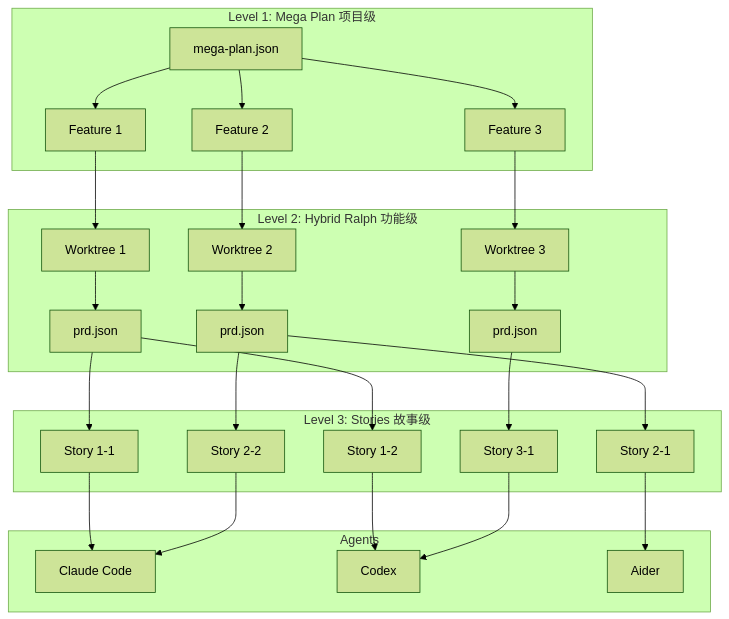
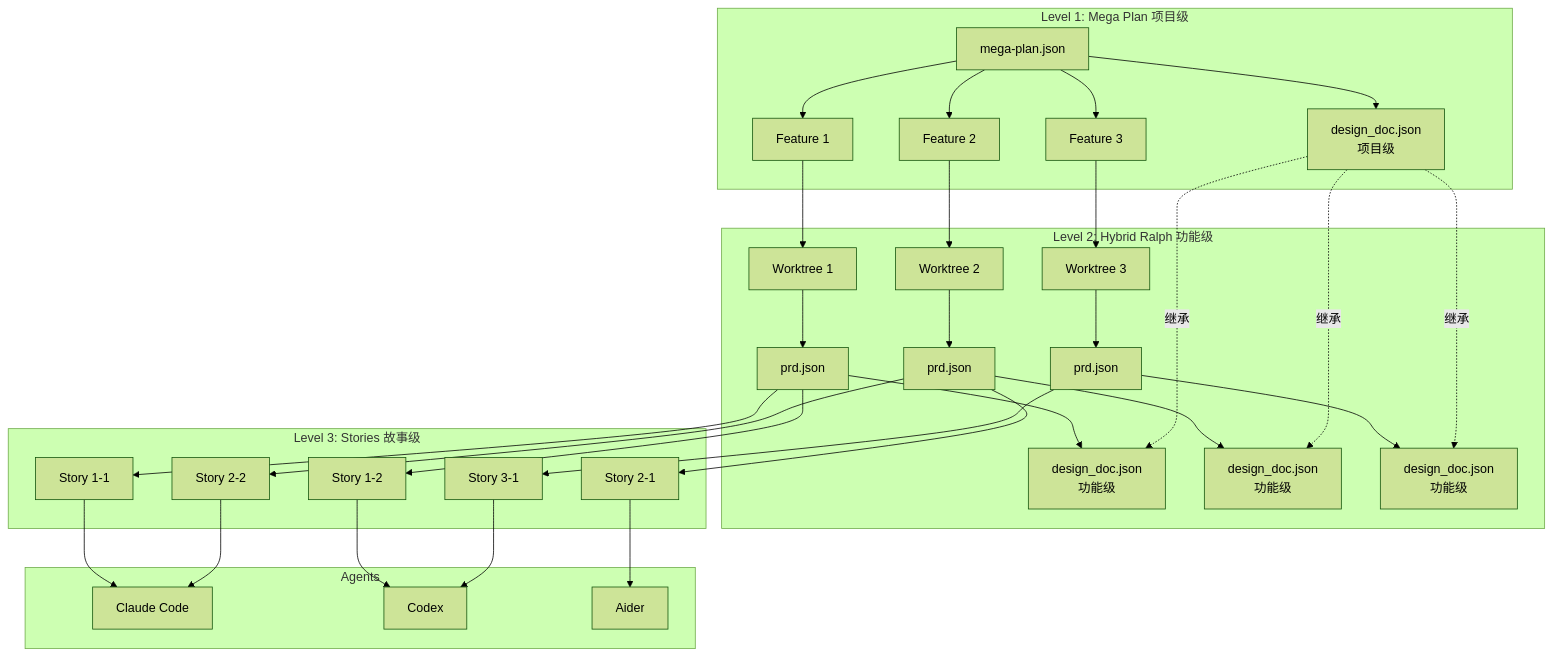
The first of 13 diagrams in docs/System-Architecture_zh.md (Taoidle/plan-cascade), drawn with Mermaid (forest theme) before and after one commit. The commit also changed other lines of this file and 29 other files, not shown here.

````diff
--- a/docs/System-Architecture_zh.md
+++ b/docs/System-Architecture_zh.md
@@ -30,33 +31,41 @@
 ```mermaid
 graph TB
     subgraph "Level 1: Mega Plan 项目级"
-        MP[mega-plan.json] --> F1[Feature 1]
+        MP[mega-plan.json] --> DD1[design_doc.json<br/>项目级]
+        MP --> F1[Feature 1]
         MP --> F2[Feature 2]
         MP --> F3[Feature 3]
     end
 
     subgraph "Level 2: Hybrid Ralph 功能级"
         F1 --> W1[Worktree 1]
         F2 --> W2[Worktree 2]
         F3 --> W3[Worktree 3]
         W1 --> PRD1[prd.json]
         W2 --> PRD2[prd.json]
         W3 --> PRD3[prd.json]
+        PRD1 --> DD2[design_doc.json<br/>功能级]
+        PRD2 --> DD3[design_doc.json<br/>功能级]
+        PRD3 --> DD4[design_doc.json<br/>功能级]
     end
 
     subgraph "Level 3: Stories 故事级"
         PRD1 --> S1[Story 1-1]
         PRD1 --> S2[Story 1-2]
         PRD2 --> S3[Story 2-1]
         PRD2 --> S4[Story 2-2]
         PRD3 --> S5[Story 3-1]
     end
 
     subgraph "Agents"
         S1 --> A1[Claude Code]
         S2 --> A2[Codex]
         S3 --> A3[Aider]
         S4 --> A1
         S5 --> A2
     end
+
+    DD1 -.->|继承| DD2
+    DD1 -.->|继承| DD3
+    DD1 -.->|继承| DD4
 ```
````
